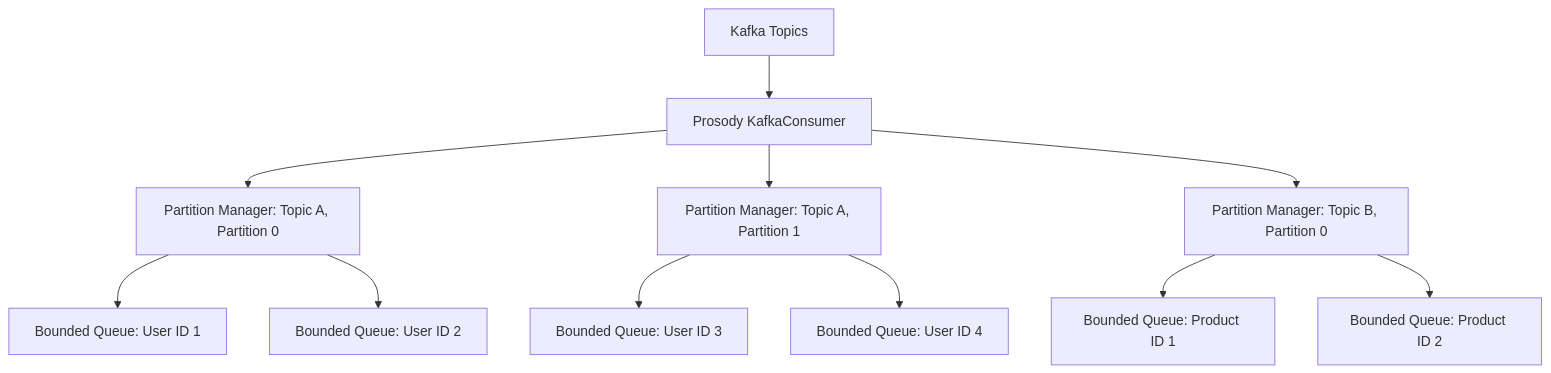
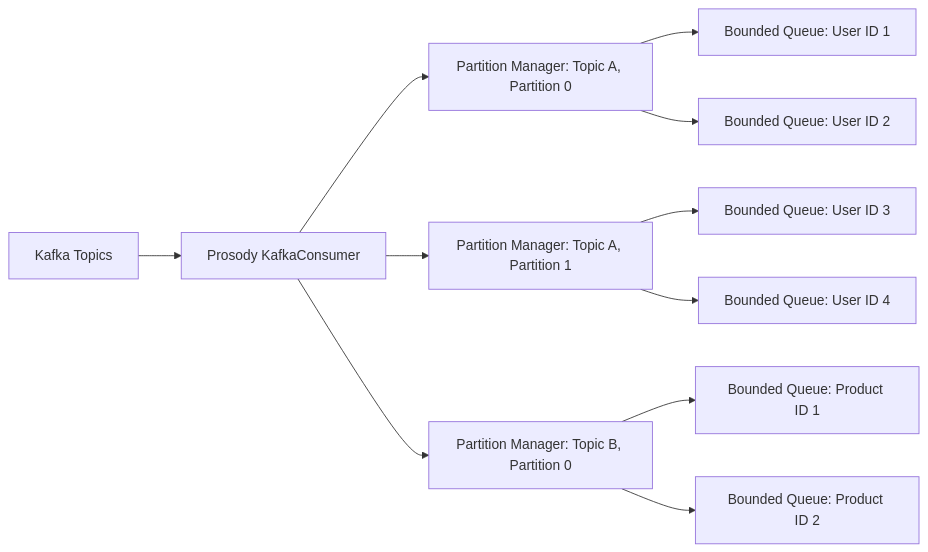
The first of 2 diagrams in prosody/README.md (prosody-events/prosody), drawn with Mermaid before and after one commit. The commit also changed other lines of this file and 1 other file, not shown here.

````diff
--- a/prosody/README.md
+++ b/prosody/README.md
@@ -125,13 +126,13 @@
 ```mermaid
-graph TD
+graph LR
     A[Kafka Topics] --> B[Prosody KafkaConsumer]
     B --> C[Partition Manager: Topic A, Partition 0]
     B --> D[Partition Manager: Topic A, Partition 1]
     B --> E[Partition Manager: Topic B, Partition 0]
     C --> F[Bounded Queue: User ID 1]
     C --> G[Bounded Queue: User ID 2]
     D --> H[Bounded Queue: User ID 3]
     D --> I[Bounded Queue: User ID 4]
     E --> J[Bounded Queue: Product ID 1]
     E --> K[Bounded Queue: Product ID 2]
 ```
````
